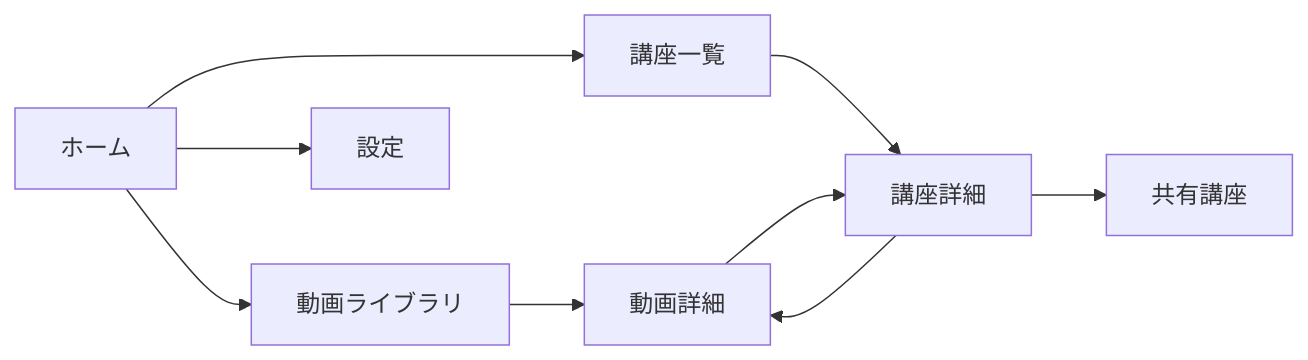
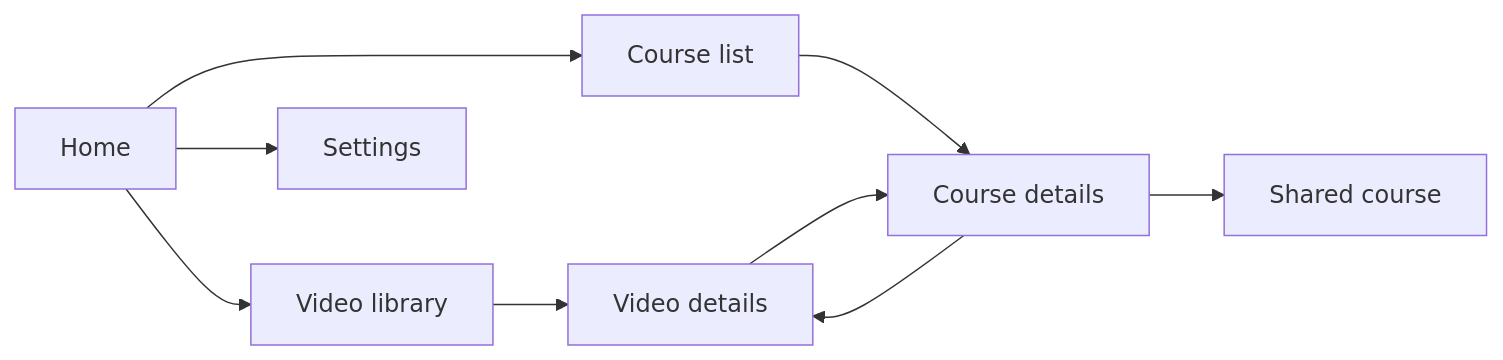
One commit to yukiharada1228/videoq changed the diagram in docs/requirements/screen-transition-diagram.md. Above: the diagram before and after it, drawn with Mermaid. The commit also changed other lines of this file and 79 other files, not shown here.

````diff
--- a/docs/requirements/screen-transition-diagram.md
+++ b/docs/requirements/screen-transition-diagram.md
@@ -29,11 +29,11 @@
 ```mermaid
 flowchart LR
-    Home[ホーム] --> Videos[動画ライブラリ]
-    Home --> Courses[講座一覧]
-    Videos --> Video[動画詳細]
-    Courses --> Course[講座詳細]
+    Home[Home] --> Videos[Video library]
+    Home --> Courses[Course list]
+    Videos --> Video[Video details]
+    Courses --> Course[Course details]
     Video --> Course
     Course --> Video
-    Course --> Share[共有講座]
-    Home --> Settings[設定]
+    Course --> Share[Shared course]
+    Home --> Settings[Settings]
 ```
````
